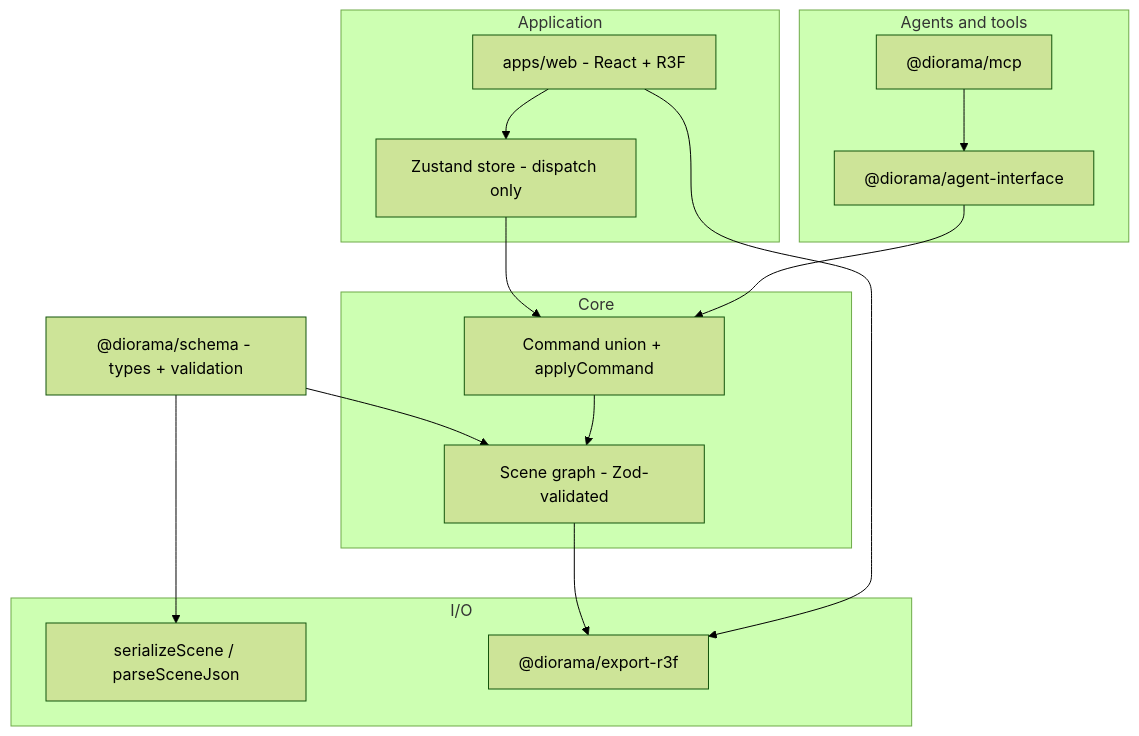
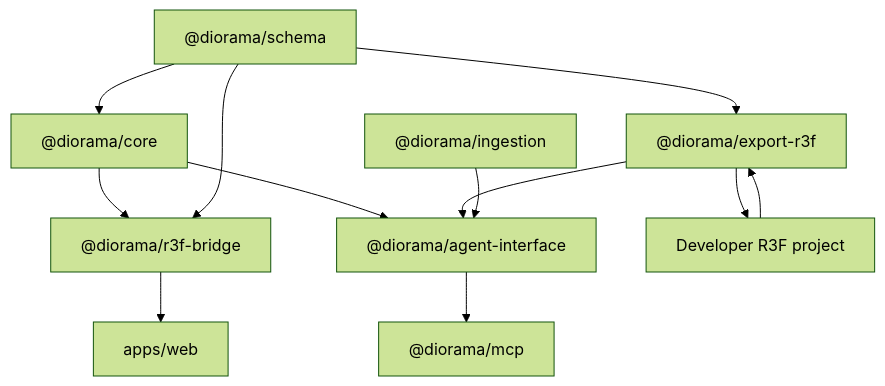
The diagram in docs/ARCHITECTURE.md (makumasaka/scenegraph-ai), drawn with Mermaid (forest theme) before and after one commit. The commit also changed other lines of this file and 50 other files, not shown here.

First line of the commit message:
feat: r3f-bridge runtime package, R3F sync module export, and web code sync

````diff
--- a/docs/ARCHITECTURE.md
+++ b/docs/ARCHITECTURE.md
@@ -25,29 +36,24 @@
 ```mermaid
 flowchart TB
-  subgraph agents [Agents and tools]
-    MCP["@diorama/mcp"]
-    AIF["@diorama/agent-interface"]
-  end
-  subgraph app [Application]
-    Web["apps/web - React + R3F"]
-    Store["Zustand store - dispatch only"]
-  end
-  subgraph core [Core]
-    Cmd["Command union + applyCommand"]
-    Scene["Scene graph - Zod-validated"]
-  end
-  subgraph io [I/O]
-    Ser["serializeScene / parseSceneJson"]
-    Exp["@diorama/export-r3f"]
-  end
-  Schema["@diorama/schema - types + validation"]
-  Schema --> Scene
-  Schema --> Ser
-  Cmd --> Scene
-  Store --> Cmd
-  Web --> Store
-  AIF --> Cmd
-  MCP --> AIF
-  Scene --> Exp
-  Web --> Exp
+  Schema["@diorama/schema"]
+  Core["@diorama/core"]
+  Bridge["@diorama/r3f-bridge"]
+  Export["@diorama/export-r3f"]
+  Agent["@diorama/agent-interface"]
+  MCP["@diorama/mcp"]
+  Ingest["@diorama/ingestion"]
+  Web["apps/web"]
+  Project["Developer R3F project"]
+
+  Schema --> Core
+  Schema --> Export
+  Core --> Bridge
+  Schema --> Bridge
+  Core --> Agent
+  Export --> Agent
+  Ingest --> Agent
+  Agent --> MCP
+  Bridge --> Web
+  Export --> Project
+  Project --> Export
 ```
````
